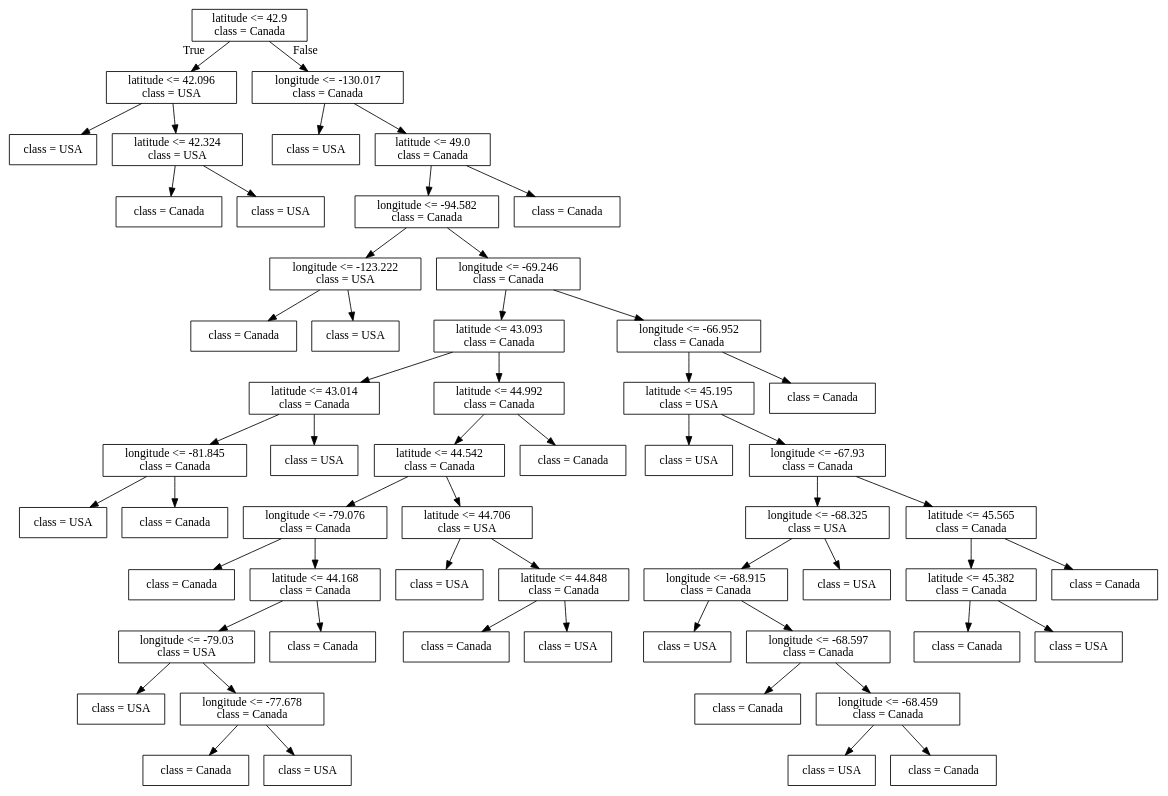
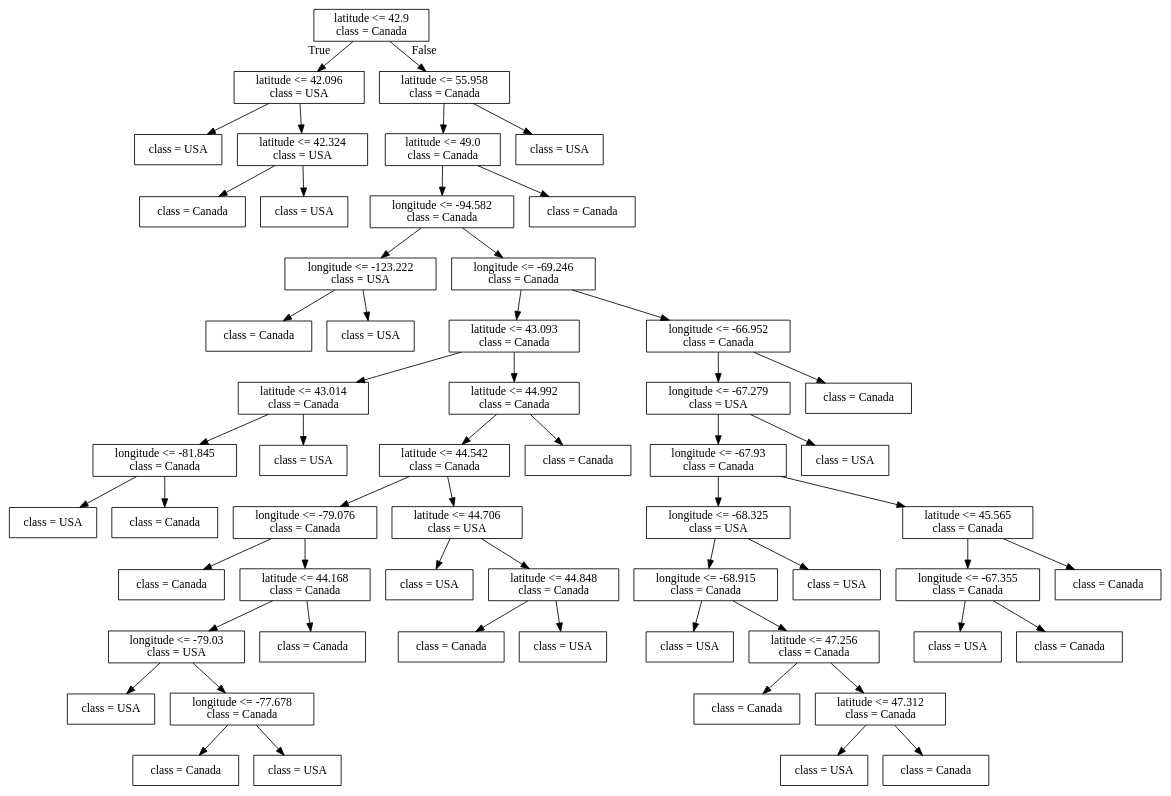
One commit to bait509-ubc/BAIT509 changed the diagram in lectures/Source.gv. Above: the diagram before and after it, drawn with Graphviz. The commit also changed 47 other files, not shown here.

```diff
--- a/lectures/Source.gv
+++ b/lectures/Source.gv
@@ -1,116 +1,116 @@
 digraph Tree {
 node [shape=box] ;
 0 [label="latitude <= 42.9\nclass = Canada"] ;
 1 [label="latitude <= 42.096\nclass = USA"] ;
 0 -> 1 [labeldistance=2.5, labelangle=45, headlabel="True"] ;
 2 [label="class = USA"] ;
 1 -> 2 ;
 3 [label="latitude <= 42.324\nclass = USA"] ;
 1 -> 3 ;
 4 [label="class = Canada"] ;
 3 -> 4 ;
 5 [label="class = USA"] ;
 3 -> 5 ;
-6 [label="longitude <= -130.017\nclass = Canada"] ;
+6 [label="latitude <= 55.958\nclass = Canada"] ;
 0 -> 6 [labeldistance=2.5, labelangle=-45, headlabel="False"] ;
-7 [label="class = USA"] ;
+7 [label="latitude <= 49.0\nclass = Canada"] ;
 6 -> 7 ;
-8 [label="latitude <= 49.0\nclass = Canada"] ;
-6 -> 8 ;
-9 [label="longitude <= -94.582\nclass = Canada"] ;
+8 [label="longitude <= -94.582\nclass = Canada"] ;
+7 -> 8 ;
+9 [label="longitude <= -123.222\nclass = USA"] ;
 8 -> 9 ;
-10 [label="longitude <= -123.222\nclass = USA"] ;
+10 [label="class = Canada"] ;
 9 -> 10 ;
-11 [label="class = Canada"] ;
-10 -> 11 ;
-12 [label="class = USA"] ;
-10 -> 12 ;
-13 [label="longitude <= -69.246\nclass = Canada"] ;
-9 -> 13 ;
-14 [label="latitude <= 43.093\nclass = Canada"] ;
+11 [label="class = USA"] ;
+9 -> 11 ;
+12 [label="longitude <= -69.246\nclass = Canada"] ;
+8 -> 12 ;
+13 [label="latitude <= 43.093\nclass = Canada"] ;
+12 -> 13 ;
+14 [label="latitude <= 43.014\nclass = Canada"] ;
 13 -> 14 ;
-15 [label="latitude <= 43.014\nclass = Canada"] ;
+15 [label="longitude <= -81.845\nclass = Canada"] ;
 14 -> 15 ;
-16 [label="longitude <= -81.845\nclass = Canada"] ;
+16 [label="class = USA"] ;
 15 -> 16 ;
-17 [label="class = USA"] ;
-16 -> 17 ;
-18 [label="class = Canada"] ;
-16 -> 18 ;
-19 [label="class = USA"] ;
-15 -> 19 ;
-20 [label="latitude <= 44.992\nclass = Canada"] ;
-14 -> 20 ;
-21 [label="latitude <= 44.542\nclass = Canada"] ;
+17 [label="class = Canada"] ;
+15 -> 17 ;
+18 [label="class = USA"] ;
+14 -> 18 ;
+19 [label="latitude <= 44.992\nclass = Canada"] ;
+13 -> 19 ;
+20 [label="latitude <= 44.542\nclass = Canada"] ;
+19 -> 20 ;
+21 [label="longitude <= -79.076\nclass = Canada"] ;
 20 -> 21 ;
-22 [label="longitude <= -79.076\nclass = Canada"] ;
+22 [label="class = Canada"] ;
 21 -> 22 ;
-23 [label="class = Canada"] ;
-22 -> 23 ;
-24 [label="latitude <= 44.168\nclass = Canada"] ;
-22 -> 24 ;
-25 [label="longitude <= -79.03\nclass = USA"] ;
+23 [label="latitude <= 44.168\nclass = Canada"] ;
+21 -> 23 ;
+24 [label="longitude <= -79.03\nclass = USA"] ;
+23 -> 24 ;
+25 [label="class = USA"] ;
 24 -> 25 ;
-26 [label="class = USA"] ;
-25 -> 26 ;
-27 [label="longitude <= -77.678\nclass = Canada"] ;
-25 -> 27 ;
-28 [label="class = Canada"] ;
-27 -> 28 ;
-29 [label="class = USA"] ;
-27 -> 29 ;
-30 [label="class = Canada"] ;
-24 -> 30 ;
-31 [label="latitude <= 44.706\nclass = USA"] ;
-21 -> 31 ;
-32 [label="class = USA"] ;
-31 -> 32 ;
-33 [label="latitude <= 44.848\nclass = Canada"] ;
-31 -> 33 ;
-34 [label="class = Canada"] ;
-33 -> 34 ;
-35 [label="class = USA"] ;
-33 -> 35 ;
-36 [label="class = Canada"] ;
-20 -> 36 ;
-37 [label="longitude <= -66.952\nclass = Canada"] ;
-13 -> 37 ;
-38 [label="latitude <= 45.195\nclass = USA"] ;
+26 [label="longitude <= -77.678\nclass = Canada"] ;
+24 -> 26 ;
+27 [label="class = Canada"] ;
+26 -> 27 ;
+28 [label="class = USA"] ;
+26 -> 28 ;
+29 [label="class = Canada"] ;
+23 -> 29 ;
+30 [label="latitude <= 44.706\nclass = USA"] ;
+20 -> 30 ;
+31 [label="class = USA"] ;
+30 -> 31 ;
+32 [label="latitude <= 44.848\nclass = Canada"] ;
+30 -> 32 ;
+33 [label="class = Canada"] ;
+32 -> 33 ;
+34 [label="class = USA"] ;
+32 -> 34 ;
+35 [label="class = Canada"] ;
+19 -> 35 ;
+36 [label="longitude <= -66.952\nclass = Canada"] ;
+12 -> 36 ;
+37 [label="longitude <= -67.279\nclass = USA"] ;
+36 -> 37 ;
+38 [label="longitude <= -67.93\nclass = Canada"] ;
 37 -> 38 ;
-39 [label="class = USA"] ;
+39 [label="longitude <= -68.325\nclass = USA"] ;
 38 -> 39 ;
-40 [label="longitude <= -67.93\nclass = Canada"] ;
-38 -> 40 ;
-41 [label="longitude <= -68.325\nclass = USA"] ;
+40 [label="longitude <= -68.915\nclass = Canada"] ;
+39 -> 40 ;
+41 [label="class = USA"] ;
 40 -> 41 ;
-42 [label="longitude <= -68.915\nclass = Canada"] ;
-41 -> 42 ;
-43 [label="class = USA"] ;
+42 [label="latitude <= 47.256\nclass = Canada"] ;
+40 -> 42 ;
+43 [label="class = Canada"] ;
 42 -> 43 ;
-44 [label="longitude <= -68.597\nclass = Canada"] ;
+44 [label="latitude <= 47.312\nclass = Canada"] ;
 42 -> 44 ;
-45 [label="class = Canada"] ;
+45 [label="class = USA"] ;
 44 -> 45 ;
-46 [label="longitude <= -68.459\nclass = Canada"] ;
+46 [label="class = Canada"] ;
 44 -> 46 ;
 47 [label="class = USA"] ;
-46 -> 47 ;
-48 [label="class = Canada"] ;
-46 -> 48 ;
-49 [label="class = USA"] ;
-41 -> 49 ;
-50 [label="latitude <= 45.565\nclass = Canada"] ;
-40 -> 50 ;
-51 [label="latitude <= 45.382\nclass = Canada"] ;
-50 -> 51 ;
+39 -> 47 ;
+48 [label="latitude <= 45.565\nclass = Canada"] ;
+38 -> 48 ;
+49 [label="longitude <= -67.355\nclass = Canada"] ;
+48 -> 49 ;
+50 [label="class = USA"] ;
+49 -> 50 ;
+51 [label="class = Canada"] ;
+49 -> 51 ;
 52 [label="class = Canada"] ;
-51 -> 52 ;
+48 -> 52 ;
 53 [label="class = USA"] ;
-51 -> 53 ;
+37 -> 53 ;
 54 [label="class = Canada"] ;
-50 -> 54 ;
+36 -> 54 ;
 55 [label="class = Canada"] ;
-37 -> 55 ;
-56 [label="class = Canada"] ;
-8 -> 56 ;
+7 -> 55 ;
+56 [label="class = USA"] ;
+6 -> 56 ;
 }
```
